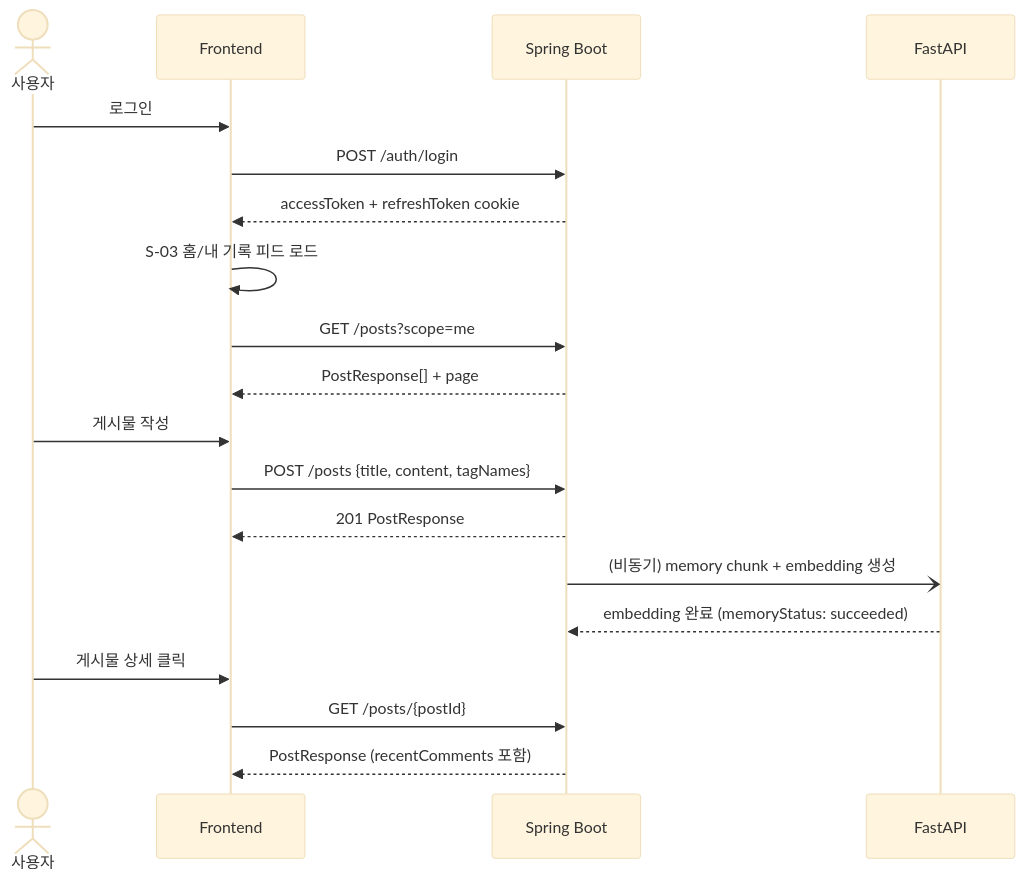
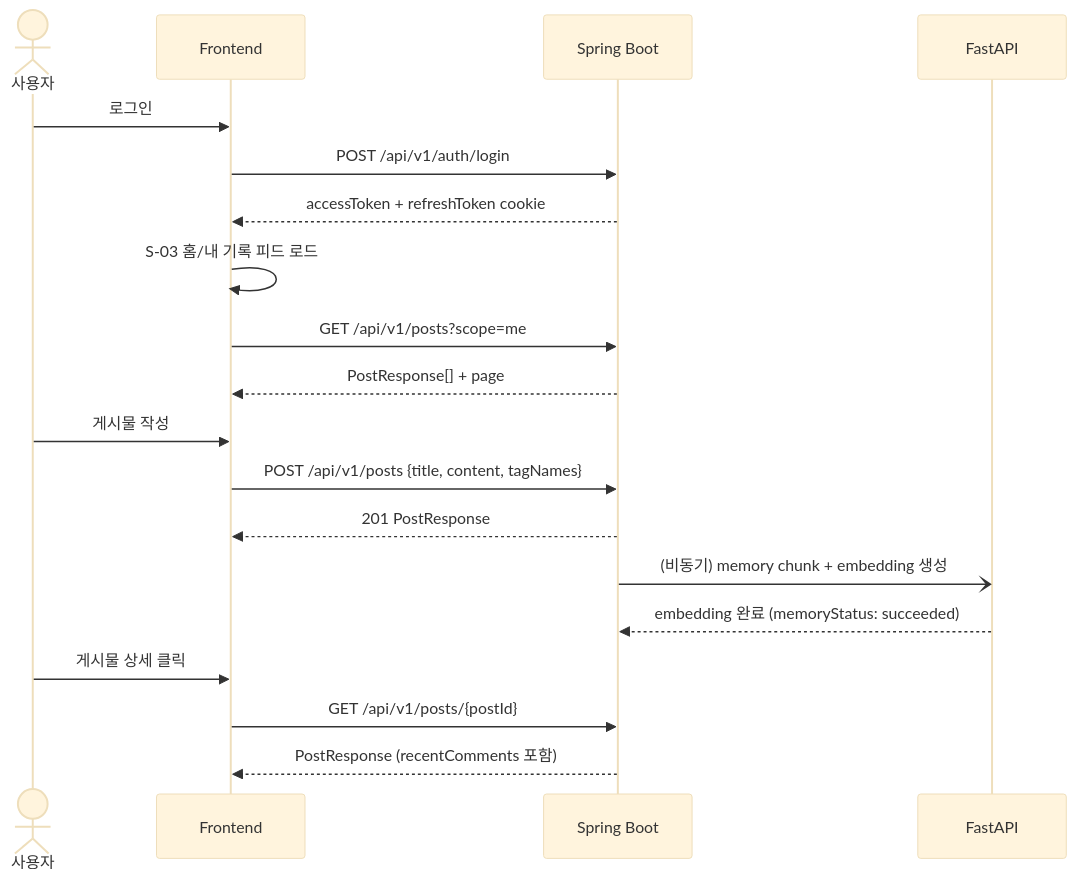
The second of 5 diagrams in docs/SCREEN_FLOW_MVP_TEXT_MEMORY.md (seok3m4/AI_w15-16), drawn with Mermaid (base theme) before and after one commit. The commit also changed other lines of this file and 4 other files, not shown here.

````diff
--- a/docs/SCREEN_FLOW_MVP_TEXT_MEMORY.md
+++ b/docs/SCREEN_FLOW_MVP_TEXT_MEMORY.md
@@ -116,22 +118,22 @@
 ```mermaid
 sequenceDiagram
   actor U as 사용자
   participant FE as Frontend
   participant BE as Spring Boot
   participant AI as FastAPI
 
   U->>FE: 로그인
-  FE->>BE: POST /auth/login
+  FE->>BE: POST /api/v1/auth/login
   BE-->>FE: accessToken + refreshToken cookie
   FE->>FE: S-03 홈/내 기록 피드 로드
-  FE->>BE: GET /posts?scope=me
+  FE->>BE: GET /api/v1/posts?scope=me
   BE-->>FE: PostResponse[] + page
   U->>FE: 게시물 작성
-  FE->>BE: POST /posts {title, content, tagNames}
+  FE->>BE: POST /api/v1/posts {title, content, tagNames}
   BE-->>FE: 201 PostResponse
   BE-)AI: (비동기) memory chunk + embedding 생성
   AI-->>BE: embedding 완료 (memoryStatus: succeeded)
   U->>FE: 게시물 상세 클릭
-  FE->>BE: GET /posts/{postId}
+  FE->>BE: GET /api/v1/posts/{postId}
   BE-->>FE: PostResponse (recentComments 포함)
 ```
````
